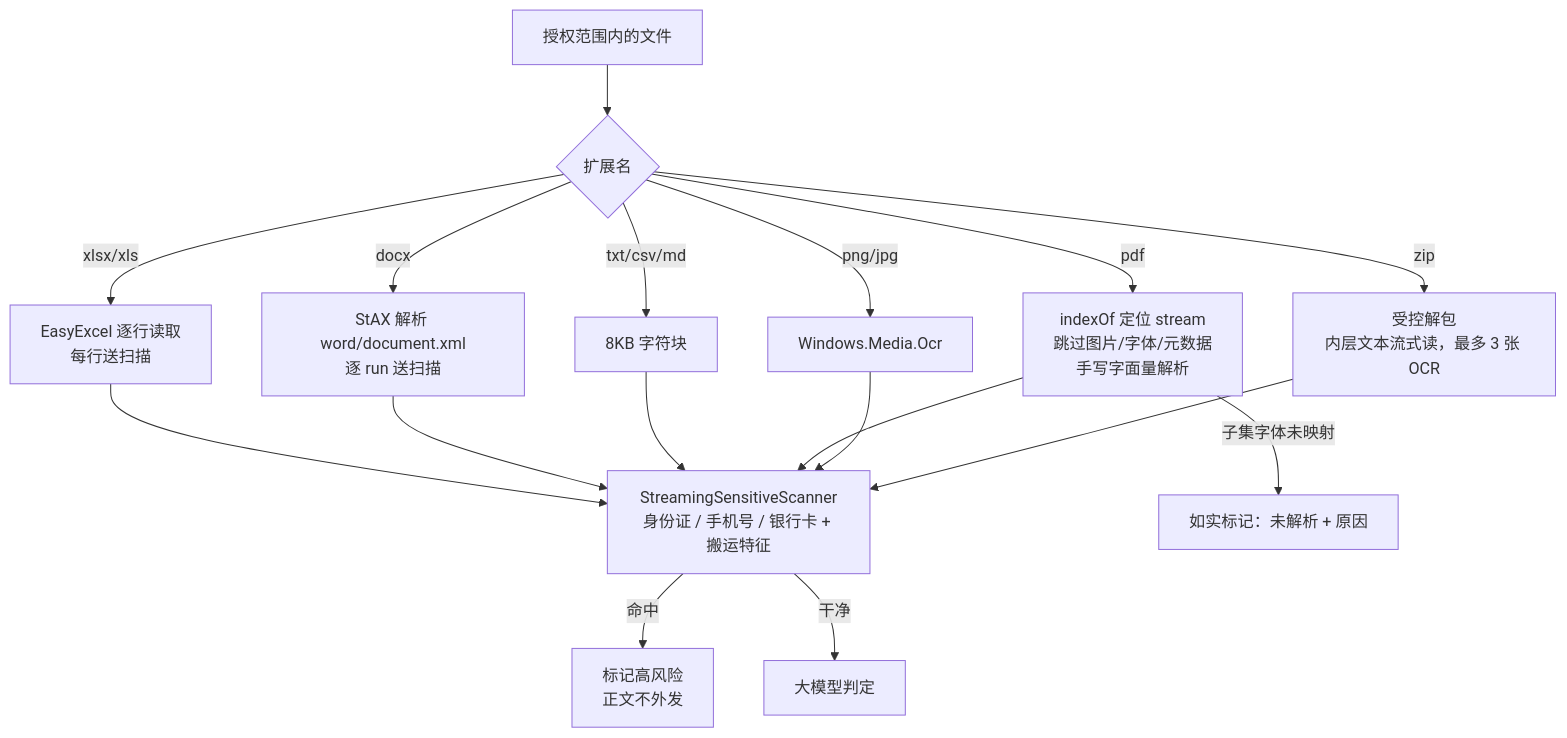
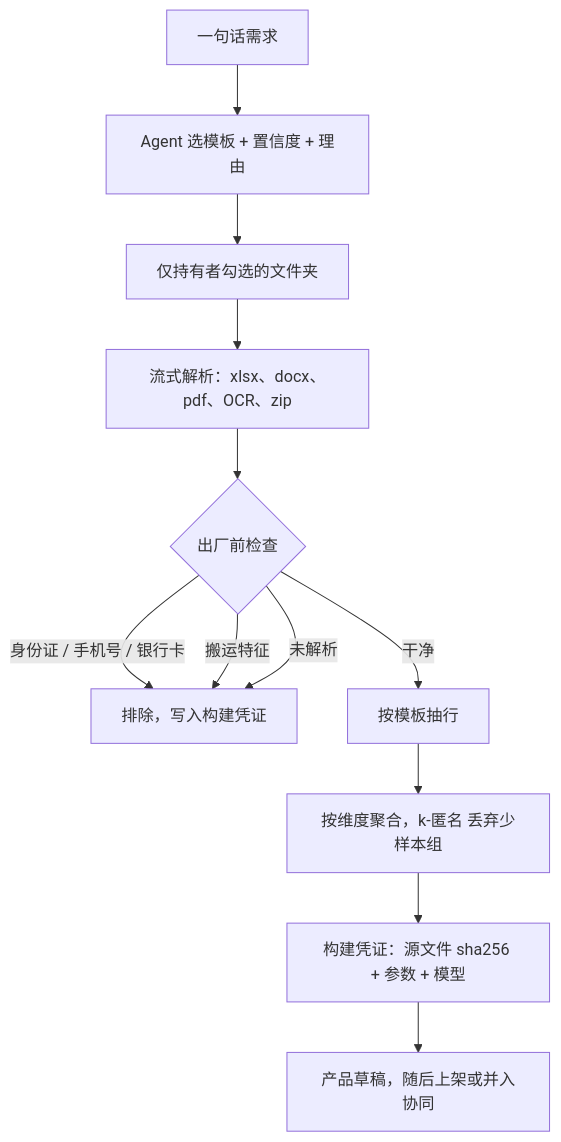
One commit to PanheadGG/agora-drive changed the fifth of 7 diagrams in docs/www2026/WWW2026_Demo_AgentCloudDisk_ZH.md. Above: the diagram before and after it, drawn with Mermaid. The commit also changed other lines of this file and 1 other file, not shown here.

Commit message:
docs: 重写 WWW2026 Demo 论文（多 Agent 协同版，中英双语，7 张 Mermaid + 5 张实拍图）

````diff
--- a/docs/www2026/WWW2026_Demo_AgentCloudDisk_ZH.md
+++ b/docs/www2026/WWW2026_Demo_AgentCloudDisk_ZH.md
@@ -230,20 +228,14 @@
 ```mermaid
 flowchart TD
-    F["授权范围内的文件"] --> T{"扩展名"}
-    T -->|xlsx/xls| X["EasyExcel 逐行读取<br/>每行送扫描"]
-    T -->|docx| W["StAX 解析 word/document.xml<br/>逐 run 送扫描"]
-    T -->|txt/csv/md| T2["8KB 字符块"]
-    T -->|pdf| P["indexOf 定位 stream<br/>跳过图片/字体/元数据<br/>手写字面量解析"]
-    T -->|png/jpg| O["Windows.Media.Ocr"]
-    T -->|zip| Z["受控解包<br/>内层文本流式读，最多 3 张 OCR"]
-    X --> SC["StreamingSensitiveScanner<br/>身份证 / 手机号 / 银行卡 + 搬运特征"]
-    W --> SC
-    T2 --> SC
-    P --> SC
-    O --> SC
-    Z --> SC
-    SC -->|命中| RISK["标记高风险<br/>正文不外发"]
-    SC -->|干净| JUDGE["大模型判定"]
-    P -->|"子集字体未映射"| UNP["如实标记：未解析 + 原因"]
-
+    D["一句话需求"] --> I["Agent 选模板 + 置信度 + 理由"]
+    I --> F["仅持有者勾选的文件夹"]
+    F --> P["流式解析：xlsx、docx、pdf、OCR、zip"]
+    P --> G{"出厂前检查"}
+    G -->|"身份证 / 手机号 / 银行卡"| X["排除，写入构建凭证"]
+    G -->|"搬运特征"| X
+    G -->|"未解析"| X
+    G -->|"干净"| T["按模板抽行"]
+    T --> A["按维度聚合，k-匿名 丢弃少样本组"]
+    A --> R["构建凭证：源文件 sha256 + 参数 + 模型"]
+    R --> PR["产品草稿，随后上架或并入协同"]
 ```
````
